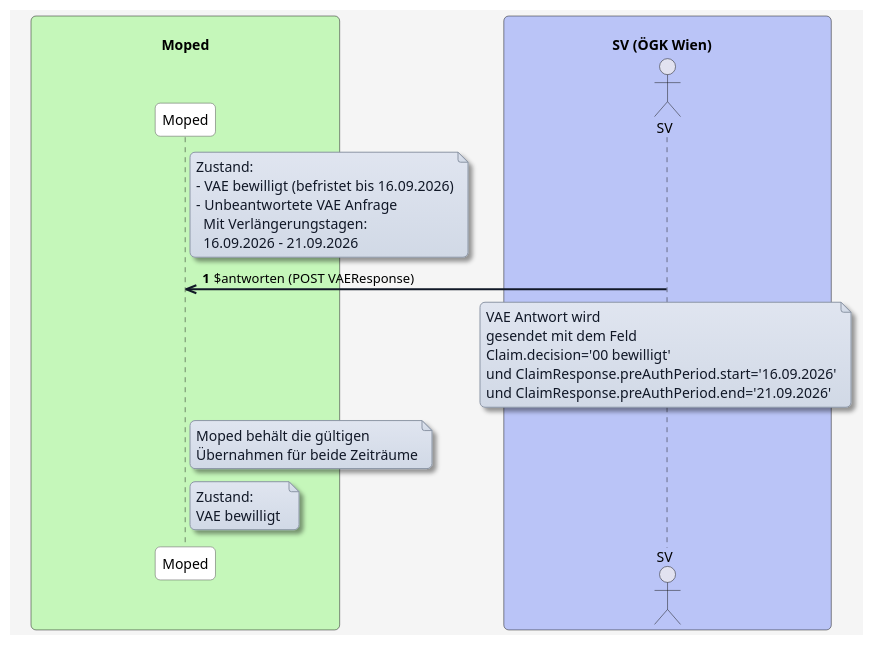
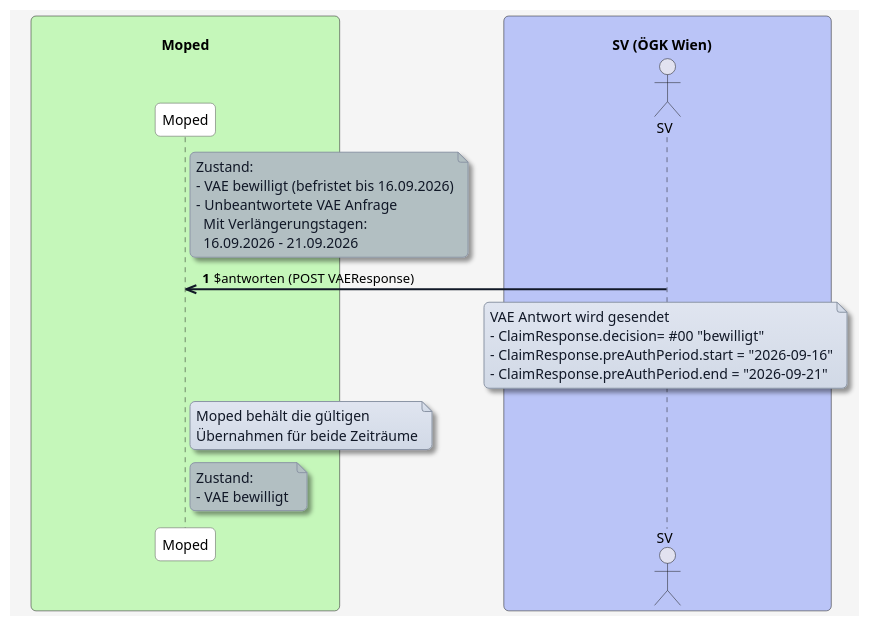
The diagram in input/images-source/antworten-verlaengerung.plantuml (HL7Austria/ELGA-MOPED-R5), drawn with PlantUML before and after one commit. The commit also changed 8 other files, not shown here.

```diff
--- a/input/images-source/antworten-verlaengerung.plantuml
+++ b/input/images-source/antworten-verlaengerung.plantuml
@@ -1,73 +1,79 @@
 @startuml
 skinparam borderColor #000000
 skinparam backgroundColor #f5f5f5
 skinparam shadowing false
 skinparam roundCorner 10
 skinparam defaultFontName "Arial"
 skinparam defaultFontSize 14
 skinparam defaultFontColor #000000
 
 skinparam note {
   BackgroundColor #e0e5f0-#d1d9e6
   BorderColor #8b95a5
   BorderThickness 1
   RoundCorner 8
   Padding 6
   FontColor #111827
   Shadowing true
 }
 
 skinparam HyperlinkColor #0000EE
 skinparam HyperlinkUnderline false
 
 skinparam sequence {
   ParticipantBorderColor #555555
   ParticipantBackgroundColor #ffffff
   ParticipantFontColor #000000
   ParticipantFontSize 14
   ParticipantPadding 20
   ArrowColor #111827
   ArrowThickness 2
   ArrowFontColor #000000
   ArrowFontSize 13
   GroupBorderColor #111827
   GroupBackgroundColor #f3f4f6
   GroupBorderThickness 1
 }
 
 skinparam BoxPadding 20
 skinparam BoxBorderColor #555555
 
 box "\n                                   Moped                                   " #c5f7ba
   participant MP as "Moped"
 end box
 
 box "\n                             SV (ÖGK Wien)                                " #bac4f7
   actor SV as "SV"
 end box
 
 autonumber
 
-note right of MP
+note right of MP #b2bfc2
 Zustand:
 - VAE bewilligt (befristet bis 16.09.2026)
 - Unbeantwortete VAE Anfrage
   Mit Verlängerungstagen: 
   16.09.2026 - 21.09.2026
 end note
 
 SV ->> MP: $antworten (POST VAEResponse)
-Note over SV: VAE Antwort wird\ngesendet mit dem Feld \nClaim.decision='00 bewilligt'\nund ClaimResponse.preAuthPeriod.start='16.09.2026'\nund ClaimResponse.preAuthPeriod.end='21.09.2026'
+
+note over SV
+VAE Antwort wird gesendet
+- ClaimResponse.decision= #00 "bewilligt"
+- ClaimResponse.preAuthPeriod.start = "2026-09-16"
+- ClaimResponse.preAuthPeriod.end = "2026-09-21"
+end note
 
 note right of MP
 Moped behält die gültigen 
 Übernahmen für beide Zeiträume
 end note
 
 
-note right of MP
+note right of MP #b2bfc2
 Zustand:
-VAE bewilligt 
+- VAE bewilligt 
 end note
 
 @enduml
```
